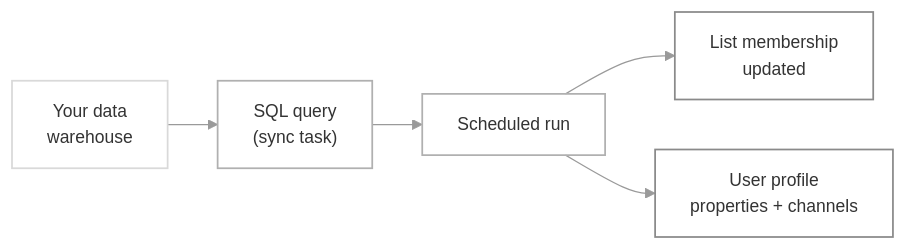
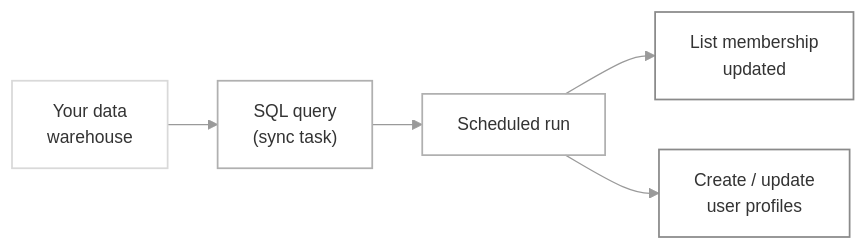
The diagram in docs/list-sync-via-database.mdx (suprsend/documentation), drawn with Mermaid before and after one commit. The commit also changed other lines of this file and 29 other files, not shown here.

````diff
--- a/docs/list-sync-via-database.mdx
+++ b/docs/list-sync-via-database.mdx
@@ -14,15 +14,15 @@
 ```mermaid
 %%{init: {'theme':'base','themeVariables':{'fontSize':'14px','fontFamily':'ui-sans-serif, system-ui, sans-serif','lineColor':'#9a9a9a'},'flowchart':{'padding':14,'nodeSpacing':40,'rankSpacing':40}}}%%
 flowchart LR
     A["Your data<br/>warehouse"] --> B["SQL query<br/>(sync task)"]
     B --> C["Scheduled run"]
     C --> D["List membership<br/>updated"]
-    C --> E["User profile<br/>properties + channels"]
+    C --> E["Create / update<br/>user profiles"]
 
     classDef s1 fill:transparent,stroke:#d9d9d9,stroke-width:1.4px;
     classDef s2 fill:transparent,stroke:#b0b0b0,stroke-width:1.4px;
     classDef s3 fill:transparent,stroke:#8a8a8a,stroke-width:1.4px;
     class A s1;
     class B,C s2;
     class D,E s3;
 ```
````
